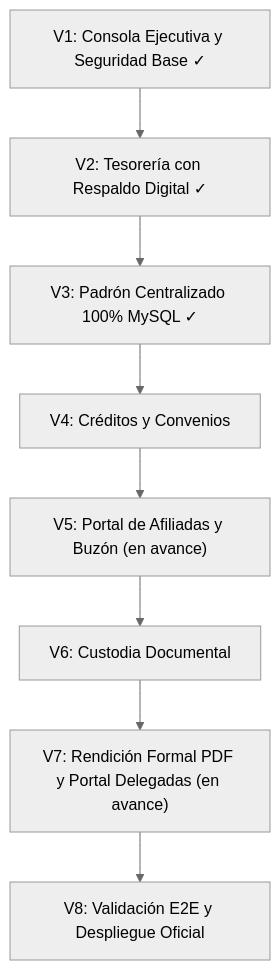
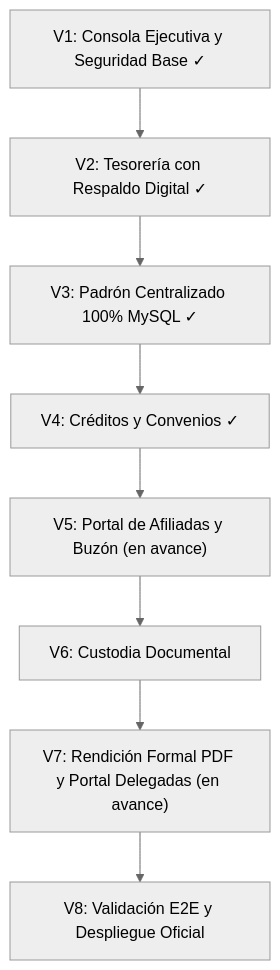
One commit to swix14/dashboard changed the diagram in README.md. Above: the diagram before and after it, drawn with Mermaid (neutral theme). The commit also changed other lines of this file and 2 other files, not shown here.

Commit message:
docs: V4 créditos y convenios en el plan, README y guía de despliegue

````diff
--- a/README.md
+++ b/README.md
@@ -57,10 +57,10 @@
 ```mermaid
 graph TD
     V1["V1: Consola Ejecutiva y Seguridad Base ✓"] --> V2["V2: Tesorería con Respaldo Digital ✓"]
     V2 --> V3["V3: Padrón Centralizado 100% MySQL ✓"]
-    V3 --> V4["V4: Créditos y Convenios"]
+    V3 --> V4["V4: Créditos y Convenios ✓"]
     V4 --> V5["V5: Portal de Afiliadas y Buzón (en avance)"]
     V5 --> V6["V6: Custodia Documental"]
     V6 --> V7["V7: Rendición Formal PDF y Portal Delegadas (en avance)"]
     V7 --> V8["V8: Validación E2E y Despliegue Oficial"]
 ```
````
